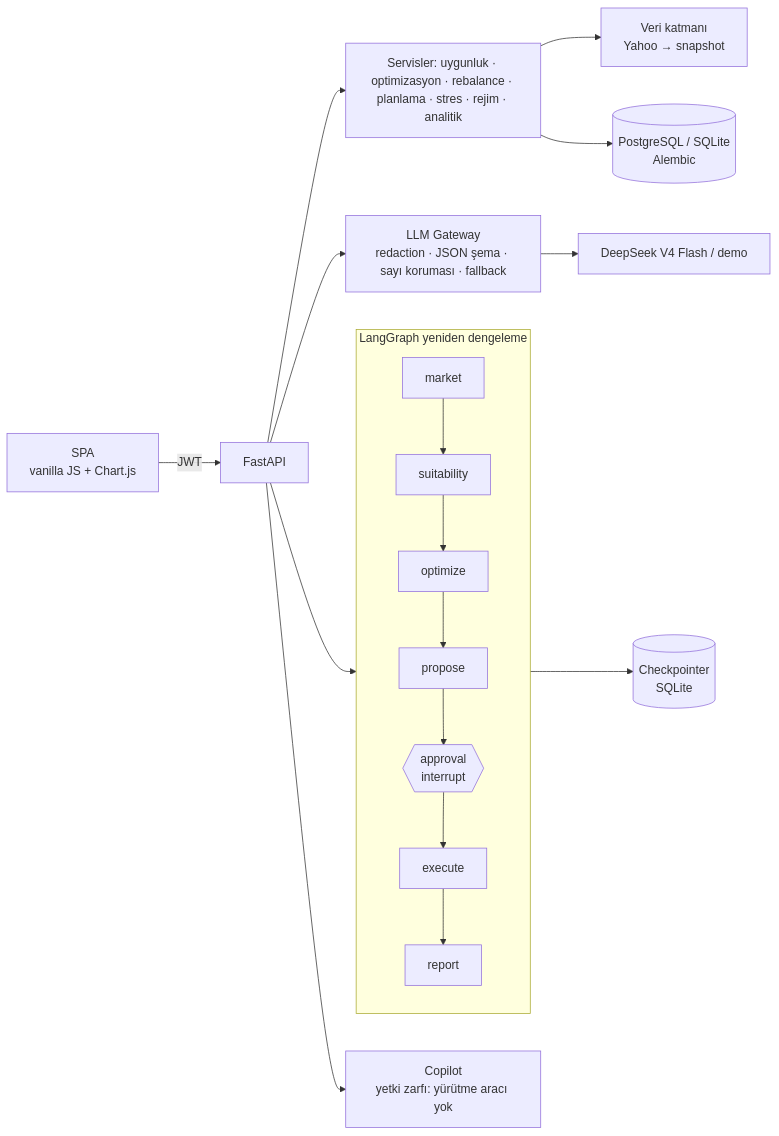
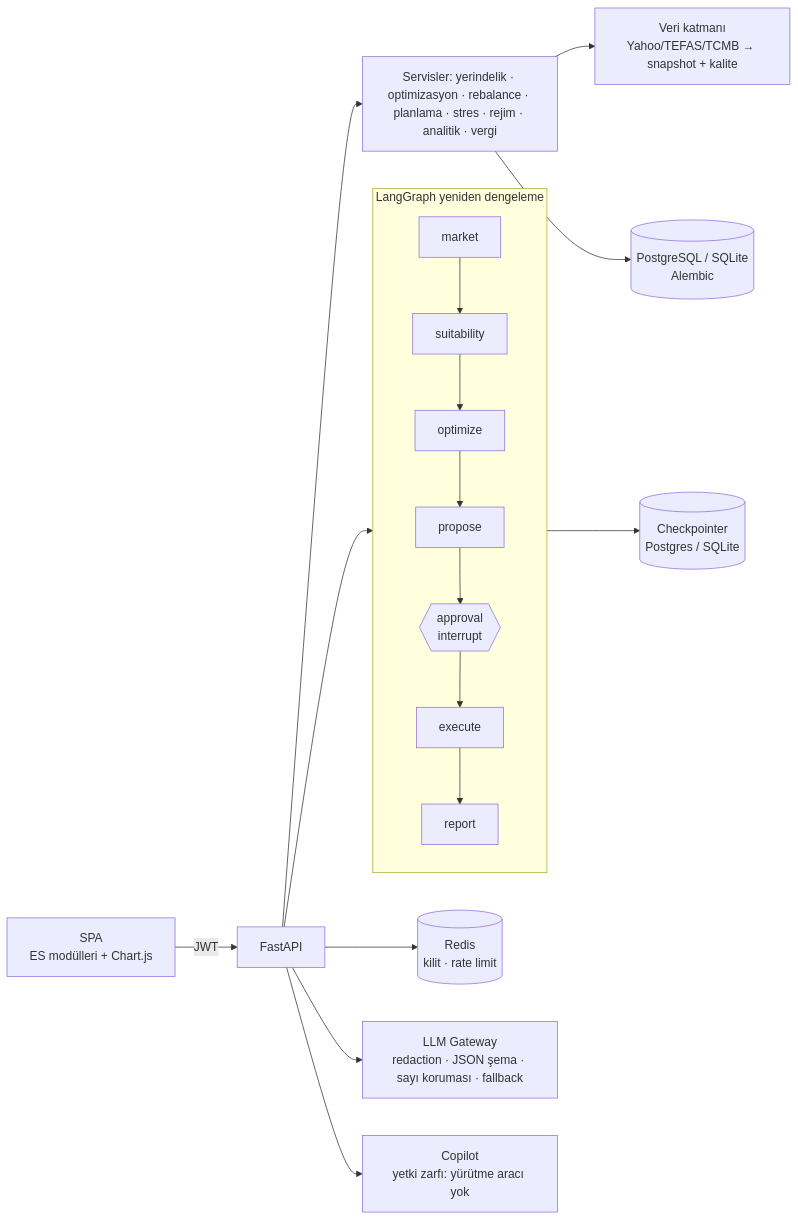
The diagram in README.md (tunadeniz1304/robo-advisor-tr), drawn with Mermaid before and after one commit. The commit also changed other lines of this file, not shown here.

````diff
--- a/README.md
+++ b/README.md
@@ -57,16 +111,16 @@
 ```mermaid
 flowchart LR
-  UI[SPA<br/>vanilla JS + Chart.js] -->|JWT| API[FastAPI]
+  UI[SPA<br/>ES modülleri + Chart.js] -->|JWT| API[FastAPI]
   API --> G[LangGraph]
   subgraph G[LangGraph yeniden dengeleme]
     M[market] --> S[suitability] --> O[optimize] --> P[propose]
     P --> A{{approval<br/>interrupt}} --> E[execute] --> R[report]
   end
-  API --> SVC[Servisler: uygunluk · optimizasyon · rebalance · planlama · stres · rejim · analitik]
-  SVC --> MD[Veri katmanı<br/>Yahoo → snapshot]
+  API --> SVC[Servisler: yerindelik · optimizasyon · rebalance · planlama · stres · rejim · analitik · vergi]
+  SVC --> MD[Veri katmanı<br/>Yahoo/TEFAS/TCMB → snapshot + kalite]
   SVC --> DB[(PostgreSQL / SQLite<br/>Alembic)]
-  G --> CP[(Checkpointer<br/>SQLite)]
+  G --> CP[(Checkpointer<br/>Postgres / SQLite)]
+  API --> RD[(Redis<br/>kilit · rate limit)]
   API --> GW[LLM Gateway<br/>redaction · JSON şema · sayı koruması · fallback]
-  GW --> LLM[DeepSeek V4 Flash / demo]
   API --> COP[Copilot<br/>yetki zarfı: yürütme aracı yok]
 ```
````
